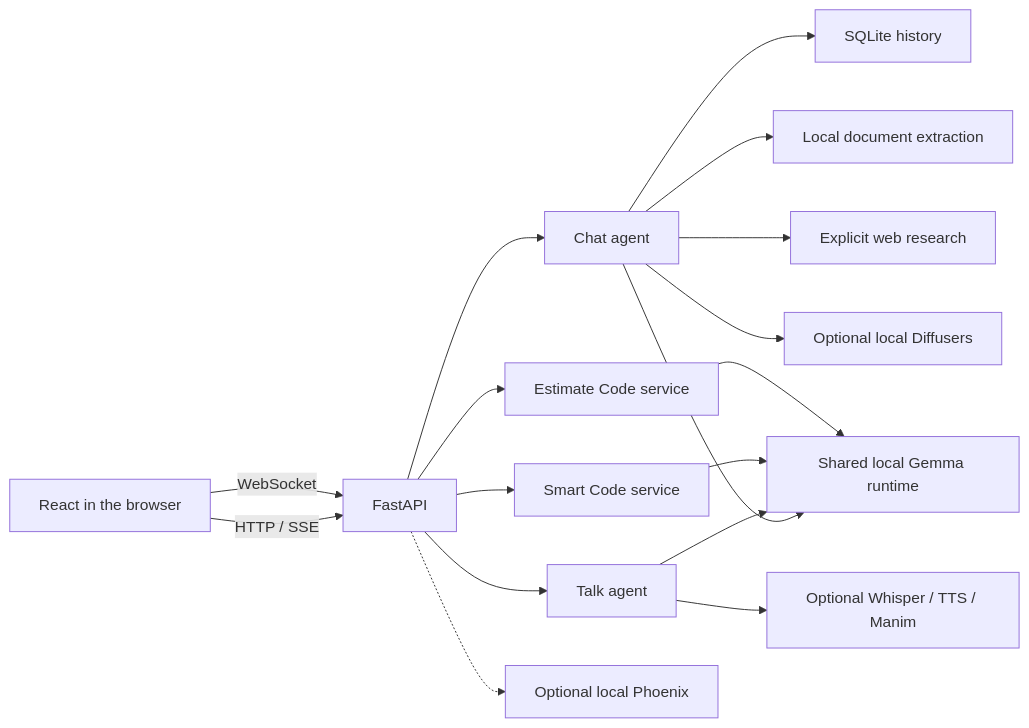
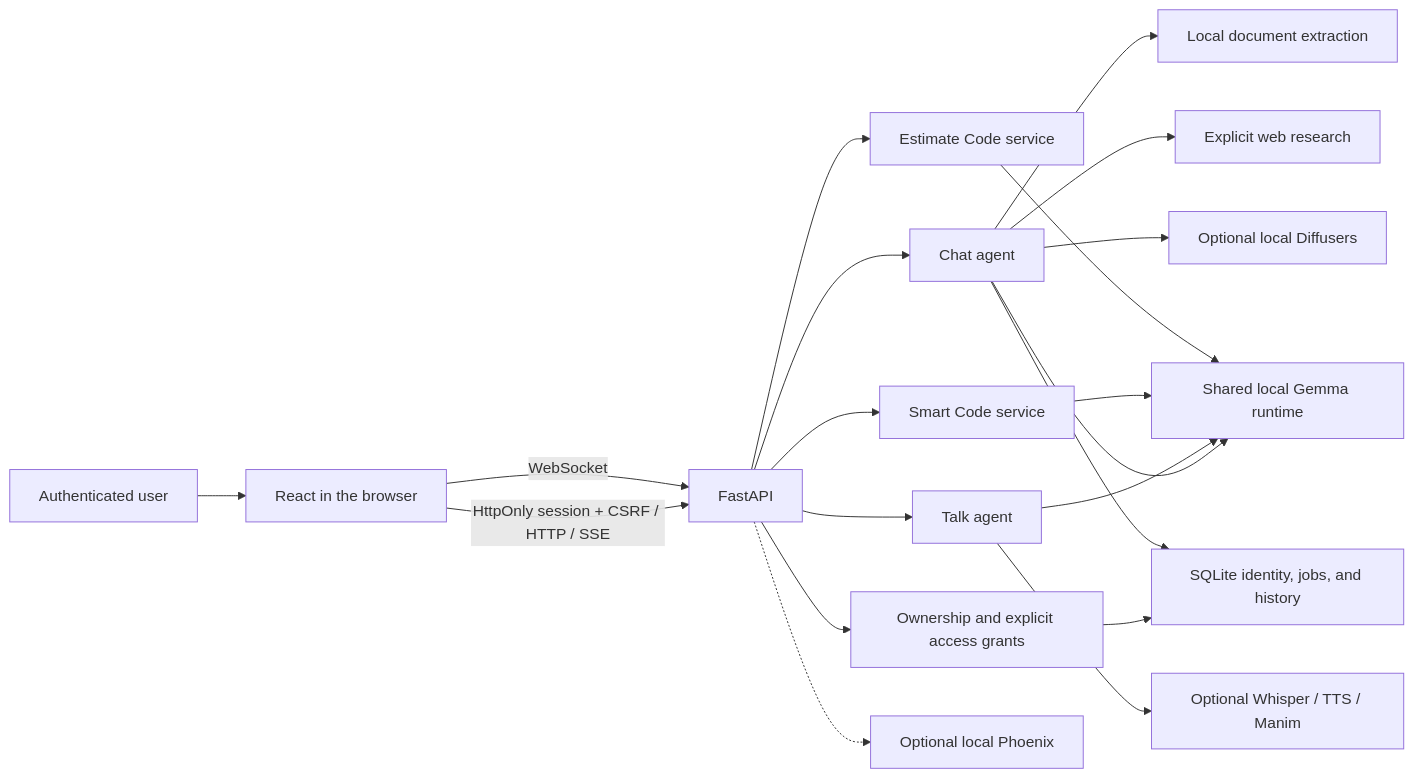
One commit to vasipallys/Devvy changed the diagram in README.md. Above: the diagram before and after it, drawn with Mermaid. The commit also changed other lines of this file and 28 other files, not shown here.

````diff
--- a/README.md
+++ b/README.md
@@ -130,19 +135,22 @@
 ```mermaid
 flowchart LR
-  UI["React in the browser"] -->|"HTTP / SSE"| API["FastAPI"]
+  USER["Authenticated user"] --> UI["React in the browser"]
+  UI -->|"HttpOnly session + CSRF / HTTP / SSE"| API["FastAPI"]
   UI -->|"WebSocket"| API
   API --> CHAT["Chat agent"]
   API --> TALK["Talk agent"]
   API --> SMART["Smart Code service"]
   API --> EST["Estimate Code service"]
   CHAT --> MODEL["Shared local Gemma runtime"]
   TALK --> MODEL
   SMART --> MODEL
   EST --> MODEL
-  CHAT --> DB["SQLite history"]
+  API --> AUTH["Ownership and explicit access grants"]
+  AUTH --> DB["SQLite identity, jobs, and history"]
+  CHAT --> DB
   CHAT --> DOC["Local document extraction"]
   CHAT --> WEB["Explicit web research"]
   CHAT --> IMG["Optional local Diffusers"]
   TALK --> MEDIA["Optional Whisper / TTS / Manim"]
   API -.-> PHX["Optional local Phoenix"]
 ```
````
